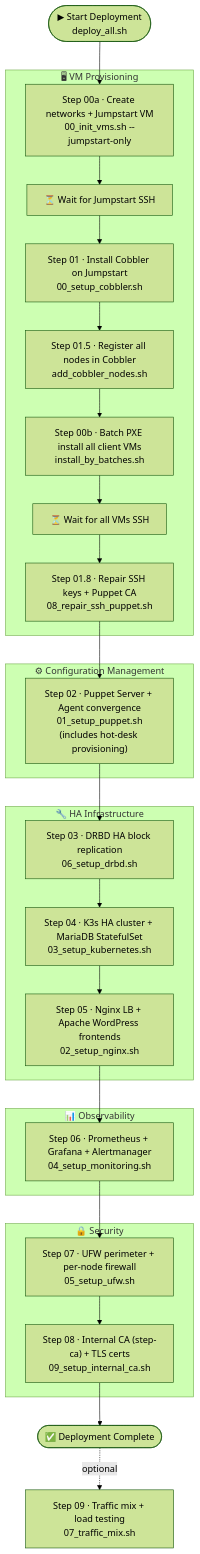
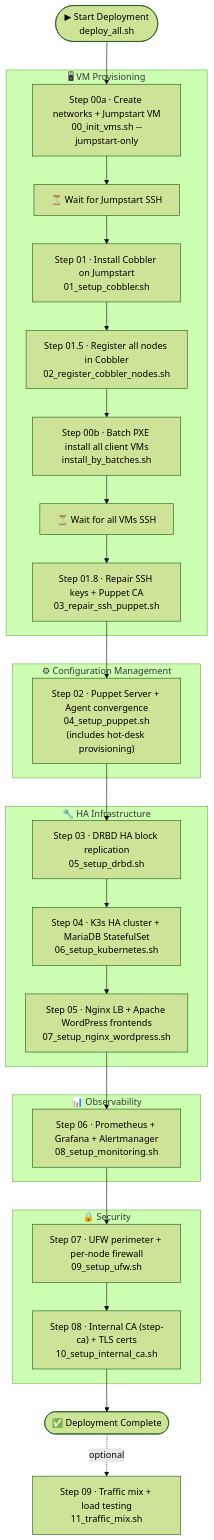
The third of 3 diagrams in docs/NETWORK_DIAGRAM.md (Aitor42/CMS-HA-Infrastructure), drawn with Mermaid (forest theme) before and after one commit. The commit also changed 33 other files, not shown here.

````diff
--- a/docs/NETWORK_DIAGRAM.md
+++ b/docs/NETWORK_DIAGRAM.md
@@ -212,53 +212,53 @@
 ```mermaid
 graph TD
     START(["▶ Start Deployment<br/>deploy_all.sh"])
 
     subgraph VM_PROVISION["🖥 VM Provisioning"]
         STEP00A["Step 00a · Create networks + Jumpstart VM<br/>00_init_vms.sh --jumpstart-only"]
         WAIT_JS["⏳ Wait for Jumpstart SSH"]
-        STEP01["Step 01 · Install Cobbler on Jumpstart<br/>00_setup_cobbler.sh"]
-        STEP015["Step 01.5 · Register all nodes in Cobbler<br/>add_cobbler_nodes.sh"]
+        STEP01["Step 01 · Install Cobbler on Jumpstart<br/>01_setup_cobbler.sh"]
+        STEP015["Step 01.5 · Register all nodes in Cobbler<br/>02_register_cobbler_nodes.sh"]
         STEP00B["Step 00b · Batch PXE install all client VMs<br/>install_by_batches.sh"]
         WAIT_NODES["⏳ Wait for all VMs SSH"]
-        STEP018["Step 01.8 · Repair SSH keys + Puppet CA<br/>08_repair_ssh_puppet.sh"]
+        STEP018["Step 01.8 · Repair SSH keys + Puppet CA<br/>03_repair_ssh_puppet.sh"]
     end
 
     subgraph CONFIG_MGMT["⚙ Configuration Management"]
-        STEP02["Step 02 · Puppet Server + Agent convergence<br/>01_setup_puppet.sh<br/>(includes hot-desk provisioning)"]
+        STEP02["Step 02 · Puppet Server + Agent convergence<br/>04_setup_puppet.sh<br/>(includes hot-desk provisioning)"]
     end
 
     subgraph HA_INFRA["🔧 HA Infrastructure"]
-        STEP03["Step 03 · DRBD HA block replication<br/>06_setup_drbd.sh"]
-        STEP04["Step 04 · K3s HA cluster + MariaDB StatefulSet<br/>03_setup_kubernetes.sh"]
-        STEP05["Step 05 · Nginx LB + Apache WordPress frontends<br/>02_setup_nginx.sh"]
+        STEP03["Step 03 · DRBD HA block replication<br/>05_setup_drbd.sh"]
+        STEP04["Step 04 · K3s HA cluster + MariaDB StatefulSet<br/>06_setup_kubernetes.sh"]
+        STEP05["Step 05 · Nginx LB + Apache WordPress frontends<br/>07_setup_nginx_wordpress.sh"]
     end
 
     subgraph OBSERVE["📊 Observability"]
-        STEP06["Step 06 · Prometheus + Grafana + Alertmanager<br/>04_setup_monitoring.sh"]
+        STEP06["Step 06 · Prometheus + Grafana + Alertmanager<br/>08_setup_monitoring.sh"]
     end
 
     subgraph SECURITY["🔒 Security"]
-        STEP07["Step 07 · UFW perimeter + per-node firewall<br/>05_setup_ufw.sh"]
-        STEP08["Step 08 · Internal CA (step-ca) + TLS certs<br/>09_setup_internal_ca.sh"]
+        STEP07["Step 07 · UFW perimeter + per-node firewall<br/>09_setup_ufw.sh"]
+        STEP08["Step 08 · Internal CA (step-ca) + TLS certs<br/>10_setup_internal_ca.sh"]
     end
 
-    TRAFFIC["Step 09 · Traffic mix + load testing<br/>07_traffic_mix.sh"]
+    TRAFFIC["Step 09 · Traffic mix + load testing<br/>11_traffic_mix.sh"]
     END(["✅ Deployment Complete"])
 
     START --> STEP00A
     STEP00A --> WAIT_JS
     WAIT_JS --> STEP01
     STEP01 --> STEP015
     STEP015 --> STEP00B
     STEP00B --> WAIT_NODES
     WAIT_NODES --> STEP018
     STEP018 --> STEP02
     STEP02 --> STEP03
     STEP03 --> STEP04
     STEP04 --> STEP05
     STEP05 --> STEP06
     STEP06 --> STEP07
     STEP07 --> STEP08
     STEP08 --> END
     END -.->|"optional"| TRAFFIC
 ```
````
